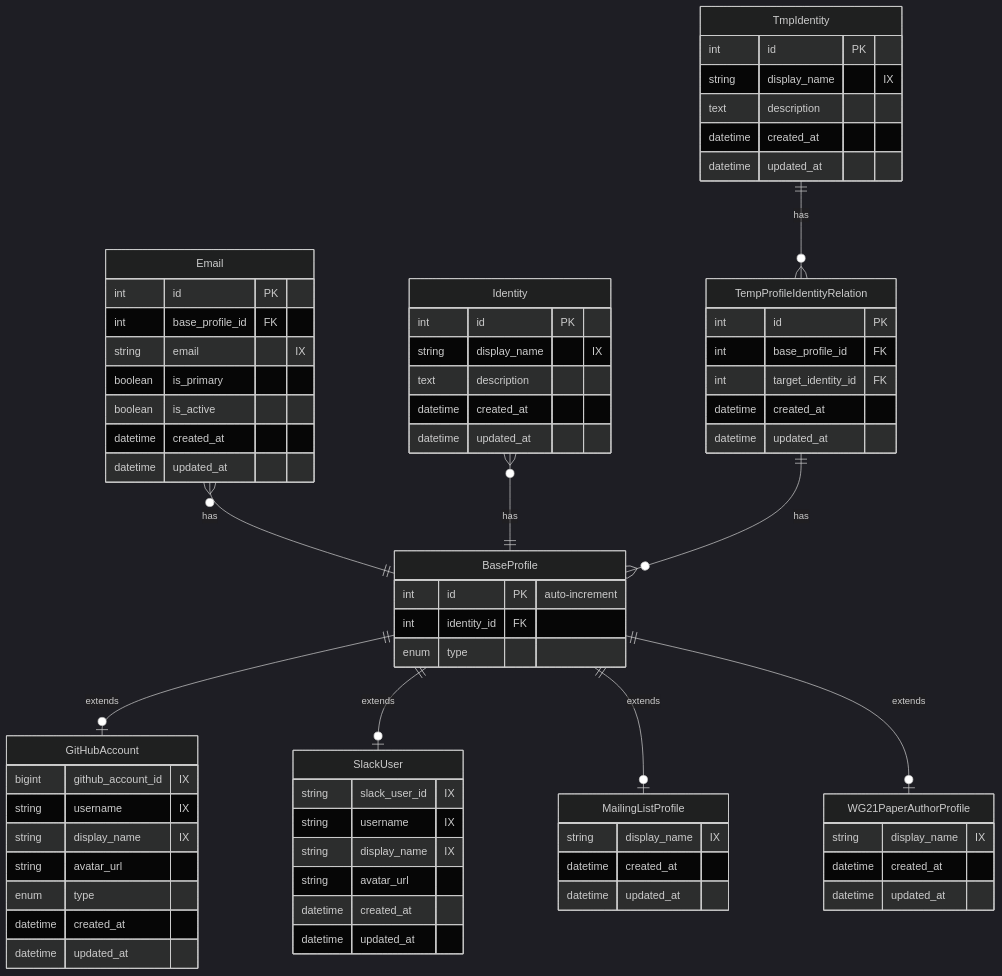
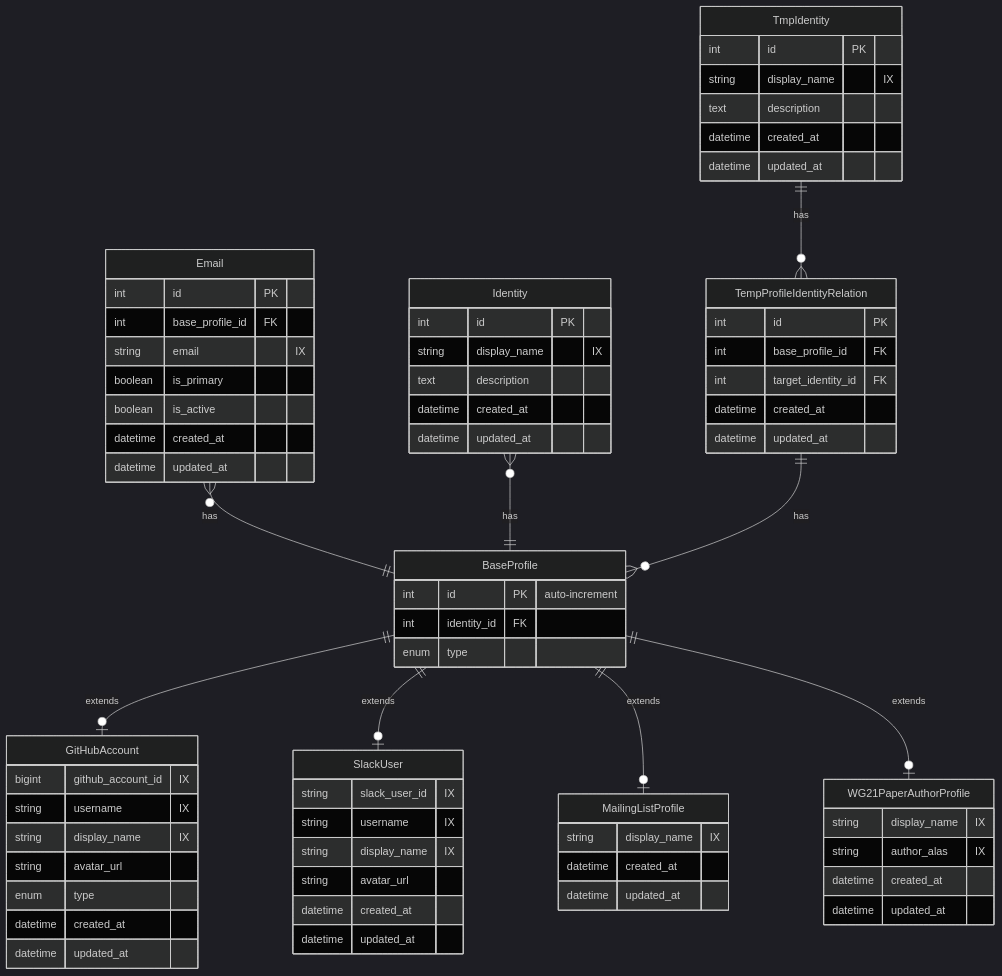
The first of 12 diagrams in docs/Schema.md (cppalliance/boost-data-collector), drawn with Mermaid (dark theme) before and after one commit. The commit also changed other lines of this file and 23 other files, not shown here.

```diff
--- a/docs/Schema.md
+++ b/docs/Schema.md
@@ -68,6 +68,7 @@
 
     WG21PaperAuthorProfile {
         string display_name "IX"
+        string author_alas "IX"
         datetime created_at
         datetime updated_at
     }
```
